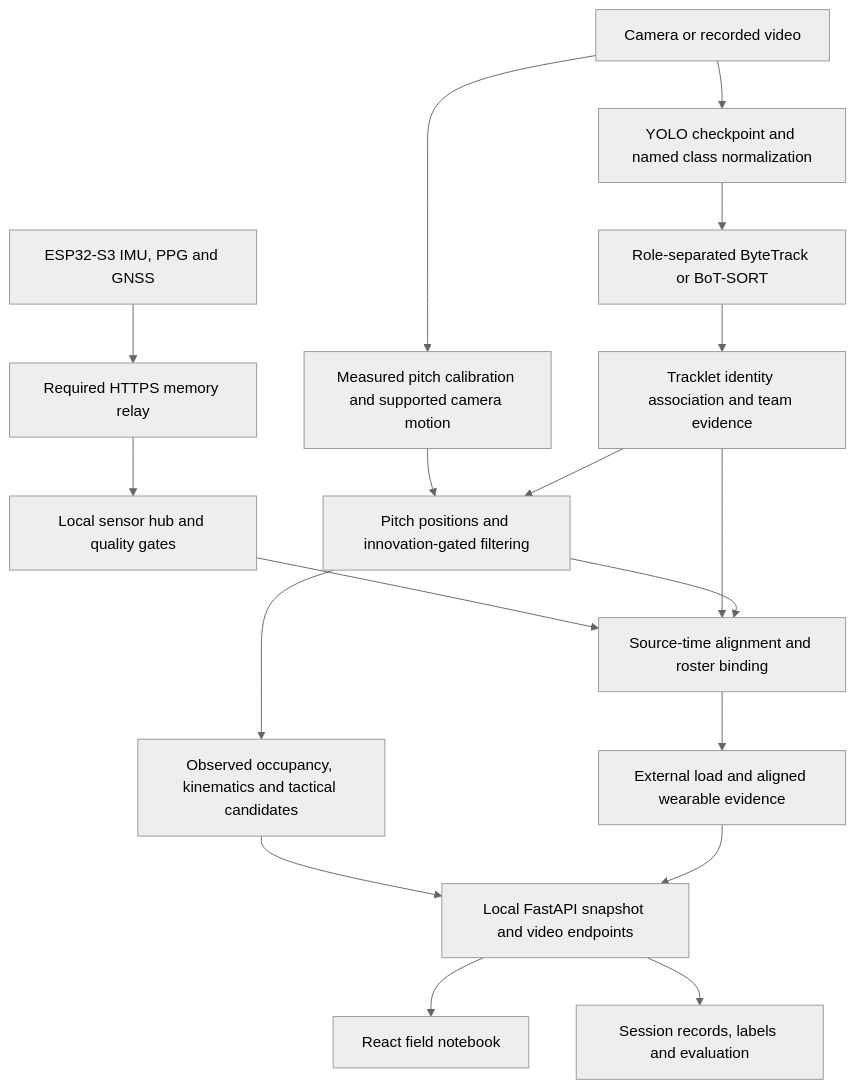
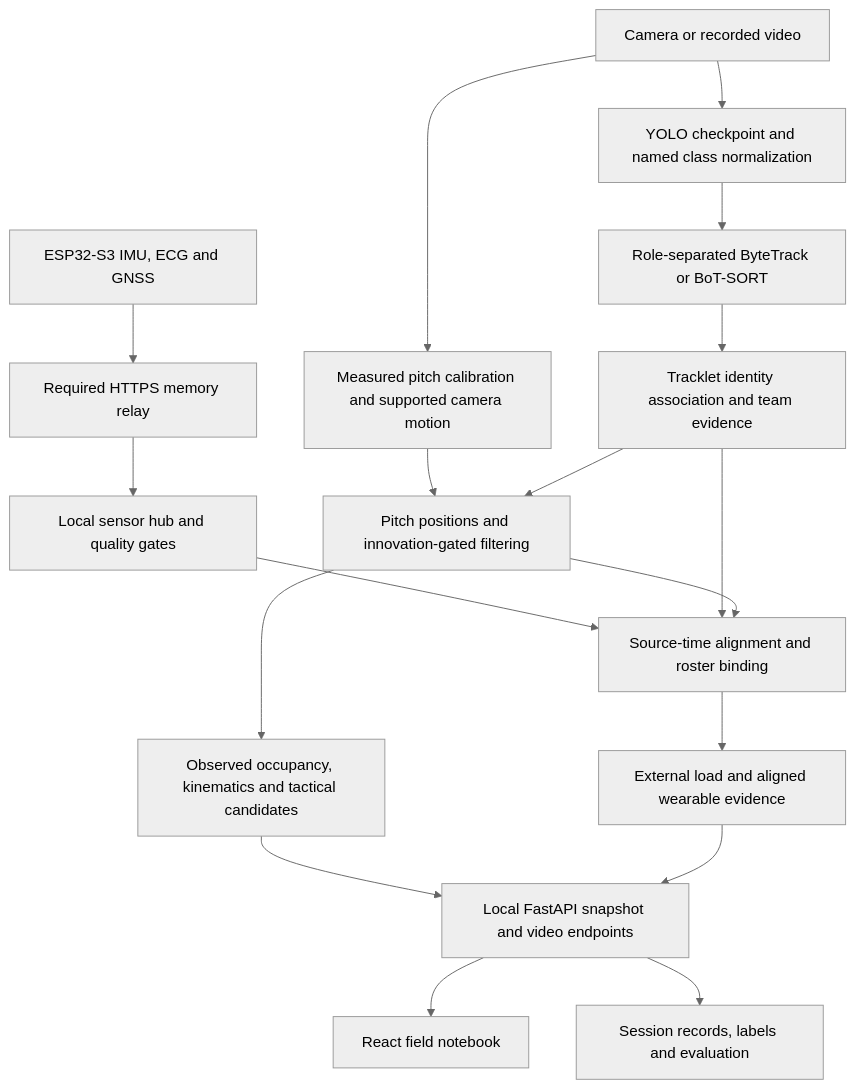
One commit to siddarthan007/cpg44-football-intelligence-system changed the diagram in docs/PROJECT_ATLAS.md. Above: the diagram before and after it, drawn with Mermaid (neutral theme). The commit also changed other lines of this file and 75 other files, not shown here.

````diff
--- a/docs/PROJECT_ATLAS.md
+++ b/docs/PROJECT_ATLAS.md
@@ -15,20 +15,20 @@
 ```mermaid
 flowchart TD
   V[Camera or recorded video] --> D[YOLO checkpoint and named class normalization]
   D --> T[Role-separated ByteTrack or BoT-SORT]
   T --> I[Tracklet identity association and team evidence]
   V --> C[Measured pitch calibration and supported camera motion]
   C --> P[Pitch positions and innovation-gated filtering]
   I --> P
   P --> A[Observed occupancy, kinematics and tactical candidates]
-  W[ESP32-S3 IMU, PPG and GNSS] --> R[Required HTTPS memory relay]
+  W[ESP32-S3 IMU, ECG and GNSS] --> R[Required HTTPS memory relay]
   R --> H[Local sensor hub and quality gates]
   H --> S[Source-time alignment and roster binding]
   I --> S
   P --> S
   S --> L[External load and aligned wearable evidence]
   A --> API[Local FastAPI snapshot and video endpoints]
   L --> API
   API --> UI[React field notebook]
   API --> E[Session records, labels and evaluation]
 ```
````
